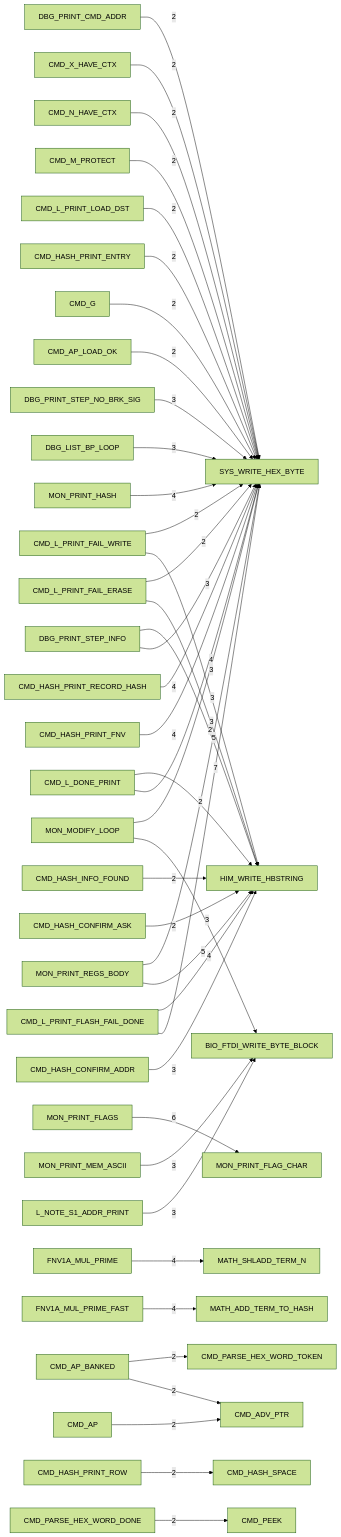
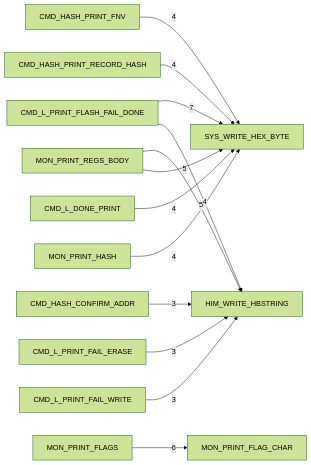
Before and after one commit to 95westus/R-YORS: the second of 6 diagrams in DOC/GENERATED/HIMON_COMMAND_MAP.md, drawn with Mermaid (forest theme). The commit also changed other lines of this file and 52 other files, not shown here.

````diff
--- a/DOC/GENERATED/HIMON_COMMAND_MAP.md
+++ b/DOC/GENERATED/HIMON_COMMAND_MAP.md
@@ -10,43 +24,15 @@
 ```mermaid
 flowchart LR
     N_CMD_L_PRINT_FLASH_FAIL_DONE[CMD_L_PRINT_FLASH_FAIL_DONE] -->|7| N_SYS_WRITE_HEX_BYTE[SYS_WRITE_HEX_BYTE]
     N_MON_PRINT_FLAGS[MON_PRINT_FLAGS] -->|6| N_MON_PRINT_FLAG_CHAR[MON_PRINT_FLAG_CHAR]
     N_MON_PRINT_REGS_BODY[MON_PRINT_REGS_BODY] -->|5| N_HIM_WRITE_HBSTRING[HIM_WRITE_HBSTRING]
     N_MON_PRINT_REGS_BODY[MON_PRINT_REGS_BODY] -->|5| N_SYS_WRITE_HEX_BYTE[SYS_WRITE_HEX_BYTE]
     N_CMD_HASH_PRINT_FNV[CMD_HASH_PRINT_FNV] -->|4| N_SYS_WRITE_HEX_BYTE[SYS_WRITE_HEX_BYTE]
     N_CMD_HASH_PRINT_RECORD_HASH[CMD_HASH_PRINT_RECORD_HASH] -->|4| N_SYS_WRITE_HEX_BYTE[SYS_WRITE_HEX_BYTE]
     N_CMD_L_DONE_PRINT[CMD_L_DONE_PRINT] -->|4| N_SYS_WRITE_HEX_BYTE[SYS_WRITE_HEX_BYTE]
     N_CMD_L_PRINT_FLASH_FAIL_DONE[CMD_L_PRINT_FLASH_FAIL_DONE] -->|4| N_HIM_WRITE_HBSTRING[HIM_WRITE_HBSTRING]
-    N_FNV1A_MUL_PRIME[FNV1A_MUL_PRIME] -->|4| N_MATH_SHLADD_TERM_N[MATH_SHLADD_TERM_N]
-    N_FNV1A_MUL_PRIME_FAST[FNV1A_MUL_PRIME_FAST] -->|4| N_MATH_ADD_TERM_TO_HASH[MATH_ADD_TERM_TO_HASH]
     N_MON_PRINT_HASH[MON_PRINT_HASH] -->|4| N_SYS_WRITE_HEX_BYTE[SYS_WRITE_HEX_BYTE]
     N_CMD_HASH_CONFIRM_ADDR[CMD_HASH_CONFIRM_ADDR] -->|3| N_HIM_WRITE_HBSTRING[HIM_WRITE_HBSTRING]
     N_CMD_L_PRINT_FAIL_ERASE[CMD_L_PRINT_FAIL_ERASE] -->|3| N_HIM_WRITE_HBSTRING[HIM_WRITE_HBSTRING]
     N_CMD_L_PRINT_FAIL_WRITE[CMD_L_PRINT_FAIL_WRITE] -->|3| N_HIM_WRITE_HBSTRING[HIM_WRITE_HBSTRING]
-    N_DBG_LIST_BP_LOOP[DBG_LIST_BP_LOOP] -->|3| N_SYS_WRITE_HEX_BYTE[SYS_WRITE_HEX_BYTE]
-    N_DBG_PRINT_STEP_INFO[DBG_PRINT_STEP_INFO] -->|3| N_SYS_WRITE_HEX_BYTE[SYS_WRITE_HEX_BYTE]
-    N_DBG_PRINT_STEP_NO_BRK_SIG[DBG_PRINT_STEP_NO_BRK_SIG] -->|3| N_SYS_WRITE_HEX_BYTE[SYS_WRITE_HEX_BYTE]
-    N_L_NOTE_S1_ADDR_PRINT[L_NOTE_S1_ADDR_PRINT] -->|3| N_BIO_FTDI_WRITE_BYTE_BLOCK[BIO_FTDI_WRITE_BYTE_BLOCK]
-    N_MON_MODIFY_LOOP[MON_MODIFY_LOOP] -->|3| N_BIO_FTDI_WRITE_BYTE_BLOCK[BIO_FTDI_WRITE_BYTE_BLOCK]
-    N_MON_MODIFY_LOOP[MON_MODIFY_LOOP] -->|3| N_SYS_WRITE_HEX_BYTE[SYS_WRITE_HEX_BYTE]
-    N_MON_PRINT_MEM_ASCII[MON_PRINT_MEM_ASCII] -->|3| N_BIO_FTDI_WRITE_BYTE_BLOCK[BIO_FTDI_WRITE_BYTE_BLOCK]
-    N_CMD_AP[CMD_AP] -->|2| N_CMD_ADV_PTR[CMD_ADV_PTR]
-    N_CMD_AP_BANKED[CMD_AP_BANKED] -->|2| N_CMD_ADV_PTR[CMD_ADV_PTR]
-    N_CMD_AP_BANKED[CMD_AP_BANKED] -->|2| N_CMD_PARSE_HEX_WORD_TOKEN[CMD_PARSE_HEX_WORD_TOKEN]
-    N_CMD_AP_LOAD_OK[CMD_AP_LOAD_OK] -->|2| N_SYS_WRITE_HEX_BYTE[SYS_WRITE_HEX_BYTE]
-    N_CMD_G[CMD_G] -->|2| N_SYS_WRITE_HEX_BYTE[SYS_WRITE_HEX_BYTE]
-    N_CMD_HASH_CONFIRM_ASK[CMD_HASH_CONFIRM_ASK] -->|2| N_HIM_WRITE_HBSTRING[HIM_WRITE_HBSTRING]
-    N_CMD_HASH_INFO_FOUND[CMD_HASH_INFO_FOUND] -->|2| N_HIM_WRITE_HBSTRING[HIM_WRITE_HBSTRING]
-    N_CMD_HASH_PRINT_ENTRY[CMD_HASH_PRINT_ENTRY] -->|2| N_SYS_WRITE_HEX_BYTE[SYS_WRITE_HEX_BYTE]
-    N_CMD_HASH_PRINT_ROW[CMD_HASH_PRINT_ROW] -->|2| N_CMD_HASH_SPACE[CMD_HASH_SPACE]
-    N_CMD_L_DONE_PRINT[CMD_L_DONE_PRINT] -->|2| N_HIM_WRITE_HBSTRING[HIM_WRITE_HBSTRING]
-    N_CMD_L_PRINT_FAIL_ERASE[CMD_L_PRINT_FAIL_ERASE] -->|2| N_SYS_WRITE_HEX_BYTE[SYS_WRITE_HEX_BYTE]
-    N_CMD_L_PRINT_FAIL_WRITE[CMD_L_PRINT_FAIL_WRITE] -->|2| N_SYS_WRITE_HEX_BYTE[SYS_WRITE_HEX_BYTE]
-    N_CMD_L_PRINT_LOAD_DST[CMD_L_PRINT_LOAD_DST] -->|2| N_SYS_WRITE_HEX_BYTE[SYS_WRITE_HEX_BYTE]
-    N_CMD_M_PROTECT[CMD_M_PROTECT] -->|2| N_SYS_WRITE_HEX_BYTE[SYS_WRITE_HEX_BYTE]
-    N_CMD_N_HAVE_CTX[CMD_N_HAVE_CTX] -->|2| N_SYS_WRITE_HEX_BYTE[SYS_WRITE_HEX_BYTE]
-    N_CMD_PARSE_HEX_WORD_DONE[CMD_PARSE_HEX_WORD_DONE] -->|2| N_CMD_PEEK[CMD_PEEK]
-    N_CMD_X_HAVE_CTX[CMD_X_HAVE_CTX] -->|2| N_SYS_WRITE_HEX_BYTE[SYS_WRITE_HEX_BYTE]
-    N_DBG_PRINT_CMD_ADDR[DBG_PRINT_CMD_ADDR] -->|2| N_SYS_WRITE_HEX_BYTE[SYS_WRITE_HEX_BYTE]
-    N_DBG_PRINT_STEP_INFO[DBG_PRINT_STEP_INFO] -->|2| N_HIM_WRITE_HBSTRING[HIM_WRITE_HBSTRING]
 ```
````
